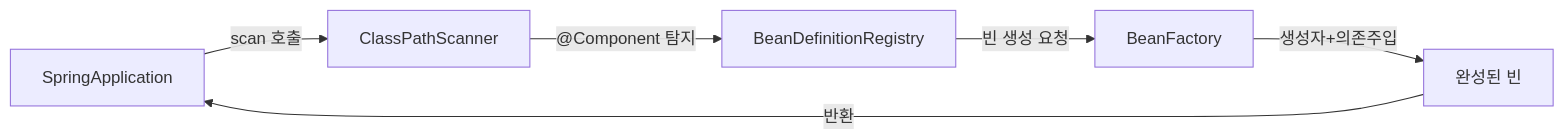
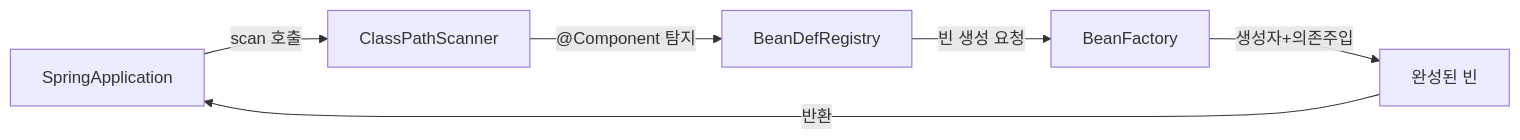
The first of 4 diagrams in _posts/spring/2026-05-12-spring-annotations.md (yjkim2015/yjkim2015.github.io), drawn with Mermaid before and after one commit. The commit also changed other lines of this file and 245 other files, not shown here.

First line of the commit message:
Mermaid 다이어그램 전면 수정 + 면접 포인트 접기/펼치기 + DB 데드락 페이지

````diff
--- a/_posts/spring/2026-05-12-spring-annotations.md
+++ b/_posts/spring/2026-05-12-spring-annotations.md
@@ -48,8 +48,8 @@
 ```mermaid
 graph LR
     APP["SpringApplication"] -->|"scan 호출"| SC["ClassPathScanner"]
-    SC -->|"@Component 탐지"| REG["BeanDefinitionRegistry"]
+    SC -->|"@Component 탐지"| REG["BeanDefRegistry"]
     REG -->|"빈 생성 요청"| FAC["BeanFactory"]
     FAC -->|"생성자+의존주입"| BEAN["완성된 빈"]
     BEAN -->|"반환"| APP
 ```
````
